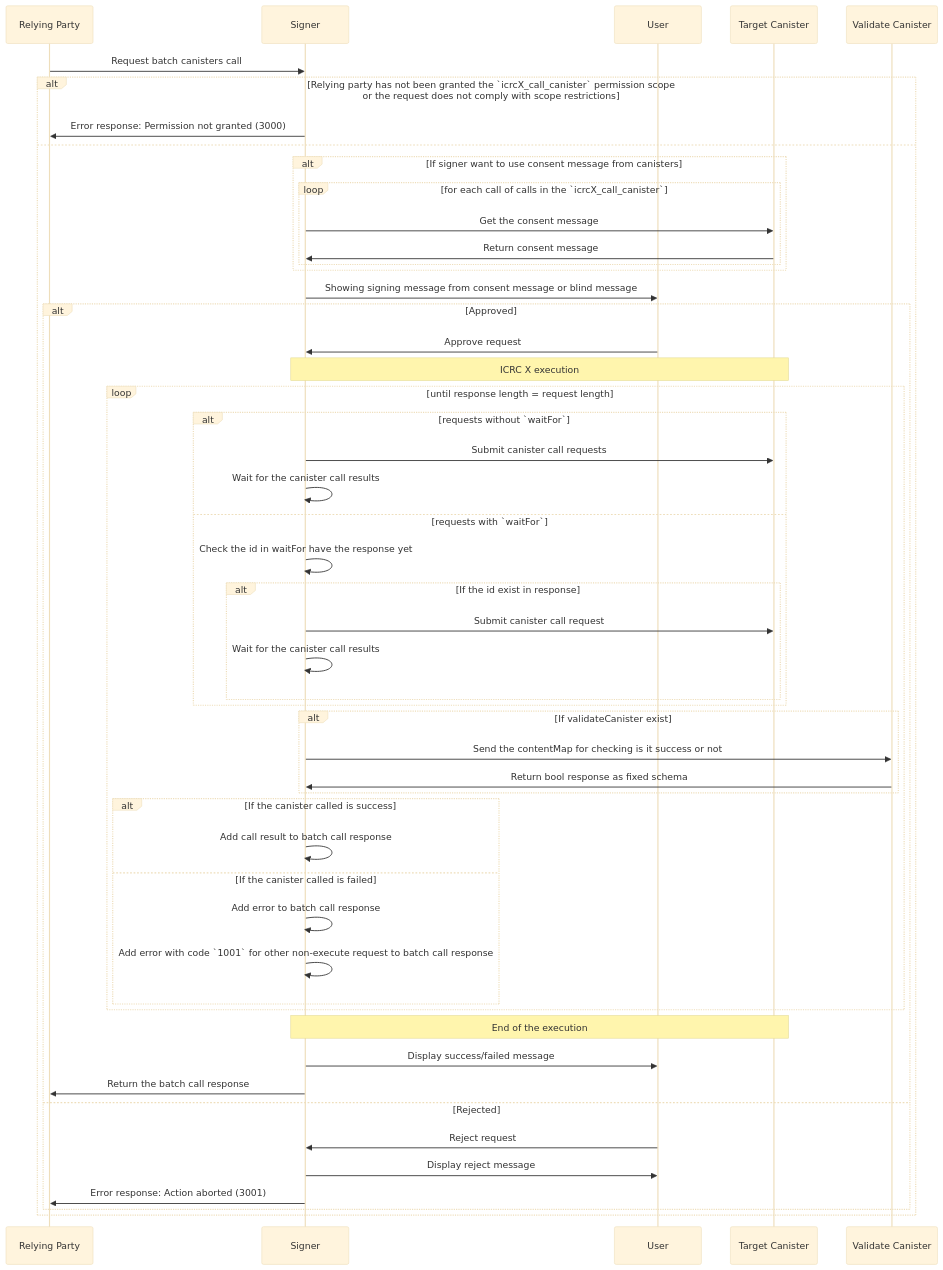
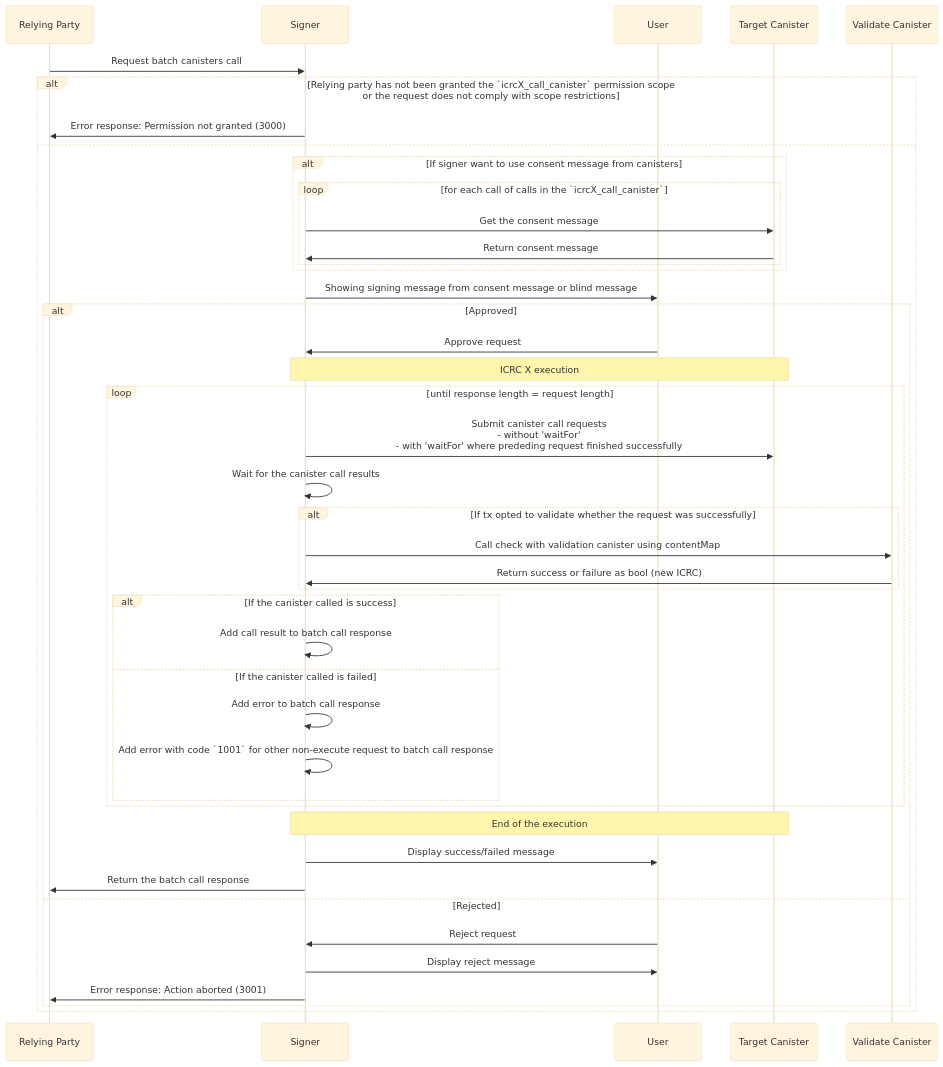
One commit to dfinity/wg-identity-authentication changed the diagram in topics/icrc_X_multiple_canister_call.md. Above: the diagram before and after it, drawn with Mermaid (base theme). The commit also changed other lines of this file, not shown here.

Commit message:
fix flow chart and add error validation section

````diff
--- a/topics/icrc_X_multiple_canister_call.md
+++ b/topics/icrc_X_multiple_canister_call.md
@@ -68,64 +91,57 @@
 ```mermaid
 sequenceDiagram
     participant RP as Relying Party
     participant S as Signer
     participant U as User
     participant C as Target Canister
     participant VC as Validate Canister
 
     RP ->> S: Request batch canisters call
     alt Relying party has not been granted the `icrcX_call_canister` permission scope<br>or the request does not comply with scope restrictions
         S ->> RP: Error response: Permission not granted (3000)
     else
 
         alt If signer want to use consent message from canisters
             loop for each call of calls in the `icrcX_call_canister`
                 S ->> C: Get the consent message
                 C ->> S: Return consent message
             end
         end
 
         S ->> U: Showing signing message from consent message or blind message
 
 
         alt Approved
             U ->> S: Approve request
             Note over S,C: ICRC X execution
 
             loop until response length = request length
-                alt requests without `waitFor`
-                    S ->> C: Submit canister call requests
-                    S ->> S: Wait for the canister call results
-                else requests with `waitFor`
-                    S ->> S: Check the id in waitFor have the response yet
-                    alt If the id exist in response
-                        S ->> C: Submit canister call request
-                        S ->> S: Wait for the canister call results
-                    end
-                end
+                S ->> C: Submit canister call requests <br /> - without 'waitFor' <br /> - with 'waitFor' where prededing request finished successfully
+                S ->> S: Wait for the canister call results
 
-                alt If validateCanister exist
-                    S ->> VC: Send the contentMap for checking is it success or not
-                    VC ->> S: Return bool response as fixed schema
+
+                alt If tx opted to validate whether the request was successfully
+                    S ->> VC: Call check with validation canister using contentMap
+                    VC ->> S: Return success or failure as bool (new ICRC)
                 end
 
                 alt If the canister called is success
                     S ->> S: Add call result to batch call response
                 else If the canister called is failed
                     S ->> S: Add error to batch call response
                     S ->> S: Add error with code `1001` for other non-execute request to batch call response
                 end
             end
 
             Note over S,C: End of the execution
 
         S ->> U: Display success/failed message
         S ->> RP: Return the batch call response
 
         else Rejected
             U ->> S: Reject request
             S ->> U: Display reject message
             S ->> RP: Error response: Action aborted (3001)
         end
     end
 ```
````
